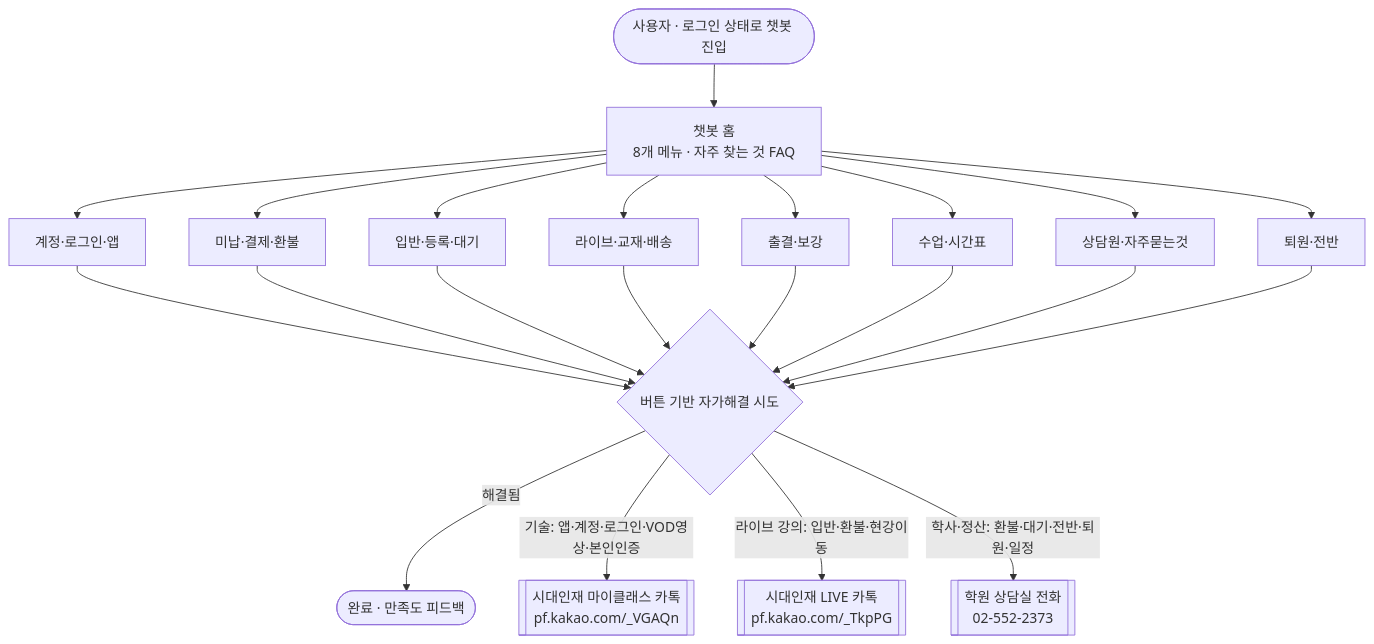
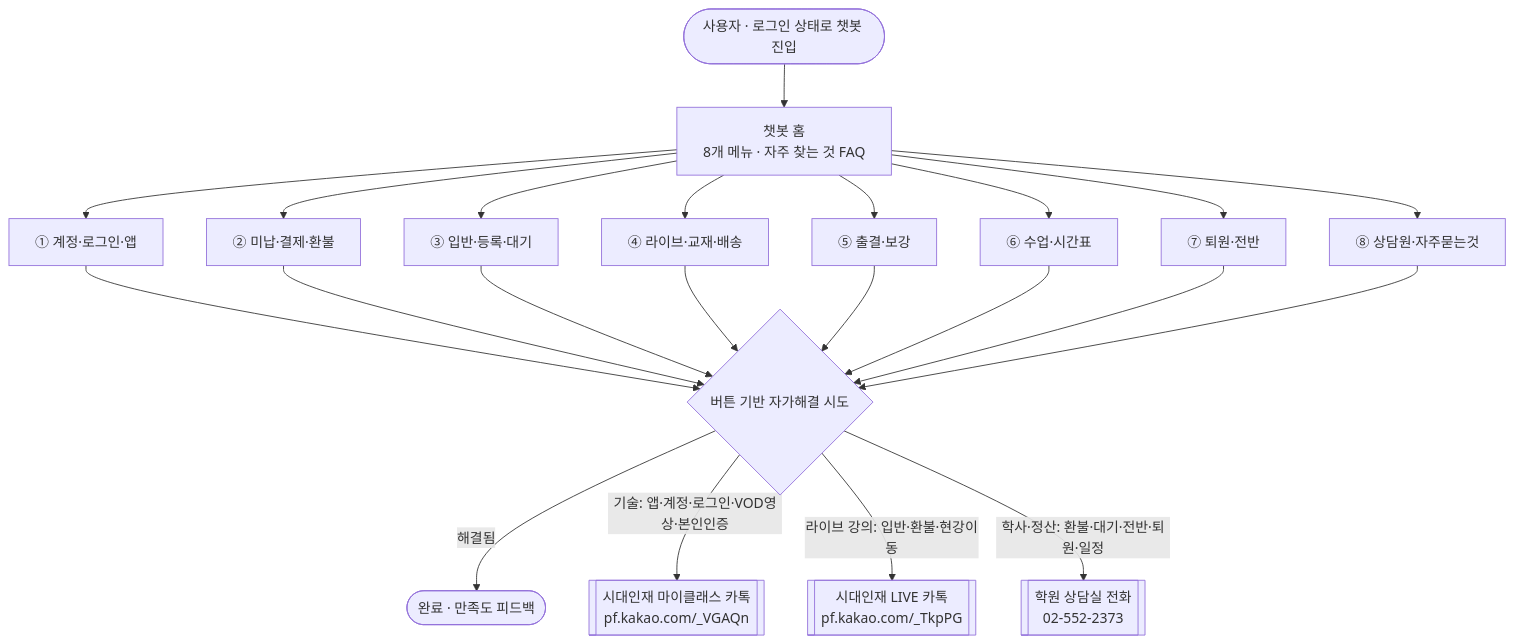
One commit to layr8x/Wiki changed the diagram in analysis/myclass-chatbot/FINAL_PROCESS.md. Above: the diagram before and after it, drawn with Mermaid. The commit also changed other lines of this file and 8 other files, not shown here.

````diff
--- a/analysis/myclass-chatbot/FINAL_PROCESS.md
+++ b/analysis/myclass-chatbot/FINAL_PROCESS.md
@@ -65,24 +65,24 @@
 ```mermaid
 flowchart TD
   U([사용자 · 로그인 상태로 챗봇 진입]) --> H[챗봇 홈<br/>8개 메뉴 · 자주 찾는 것 FAQ]
-  H --> M1[계정·로그인·앱]
-  H --> M2[미납·결제·환불]
-  H --> M3[입반·등록·대기]
-  H --> M4[라이브·교재·배송]
-  H --> M5[출결·보강]
-  H --> M6[수업·시간표]
-  H --> M7[상담원·자주묻는것]
-  H --> M8[퇴원·전반]
+  H --> M1[① 계정·로그인·앱]
+  H --> M2[② 미납·결제·환불]
+  H --> M3[③ 입반·등록·대기]
+  H --> M4[④ 라이브·교재·배송]
+  H --> M5[⑤ 출결·보강]
+  H --> M6[⑥ 수업·시간표]
+  H --> M7[⑦ 퇴원·전반]
+  H --> M8[⑧ 상담원·자주묻는것]
   M1 --> SH{버튼 기반 자가해결 시도}
   M2 --> SH
   M3 --> SH
   M4 --> SH
   M5 --> SH
   M6 --> SH
   M7 --> SH
   M8 --> SH
   SH -->|해결됨| D([완료 · 만족도 피드백])
   SH -->|기술: 앱·계정·로그인·VOD영상·본인인증| C1[[시대인재 마이클래스 카톡<br/>pf.kakao.com/_VGAQn]]
   SH -->|라이브 강의: 입반·환불·현강이동| C2[[시대인재 LIVE 카톡<br/>pf.kakao.com/_TkpPG]]
   SH -->|학사·정산: 환불·대기·전반·퇴원·일정| C3[[학원 상담실 전화<br/>02-552-2373]]
 ```
````
